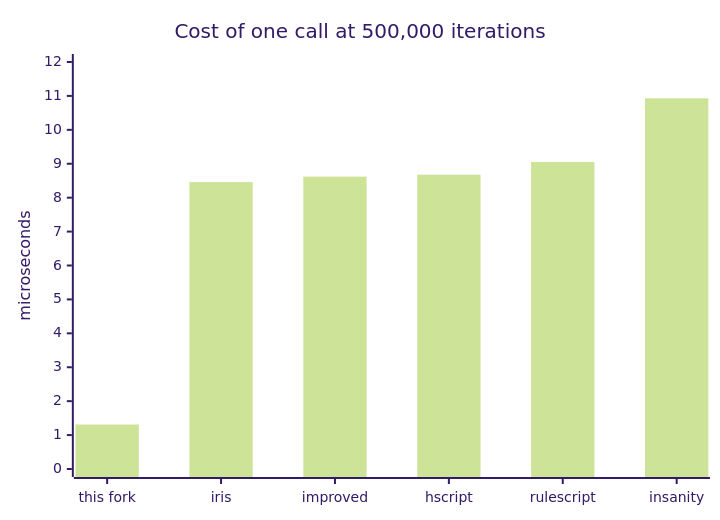
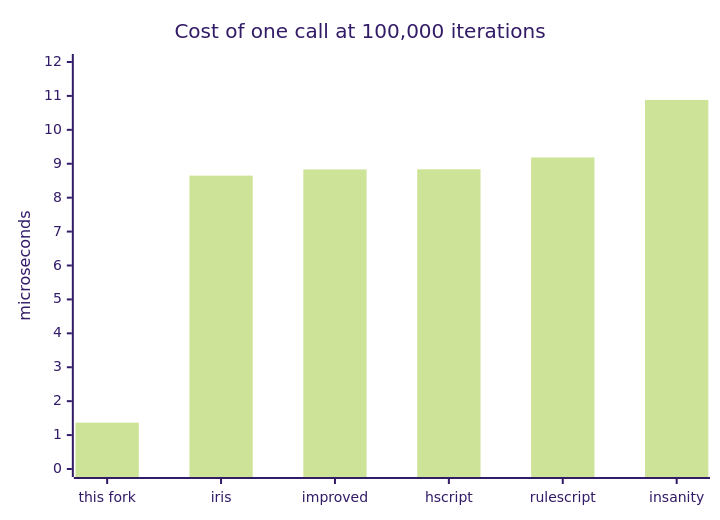
Before and after one commit to MeguminBOT/hscript-insanity: the second of 2 diagrams in docs/benchmarks.md, drawn with Mermaid (forest theme). The commit also changed other lines of this file and 5 other files, not shown here.

````diff
--- a/docs/benchmarks.md
+++ b/docs/benchmarks.md
@@ -126,7 +153,7 @@
 ```mermaid
 xychart-beta
-    title "Cost of one call at 500,000 iterations"
+    title "Cost of one call at 100,000 iterations"
     x-axis ["this fork", "iris", "improved", "hscript", "rulescript", "insanity"]
     y-axis "microseconds" 0 --> 12
-    bar [1.312, 8.459, 8.620, 8.677, 9.053, 10.930]
+    bar [1.366, 8.650, 8.833, 8.837, 9.185, 10.882]
 ```
````
